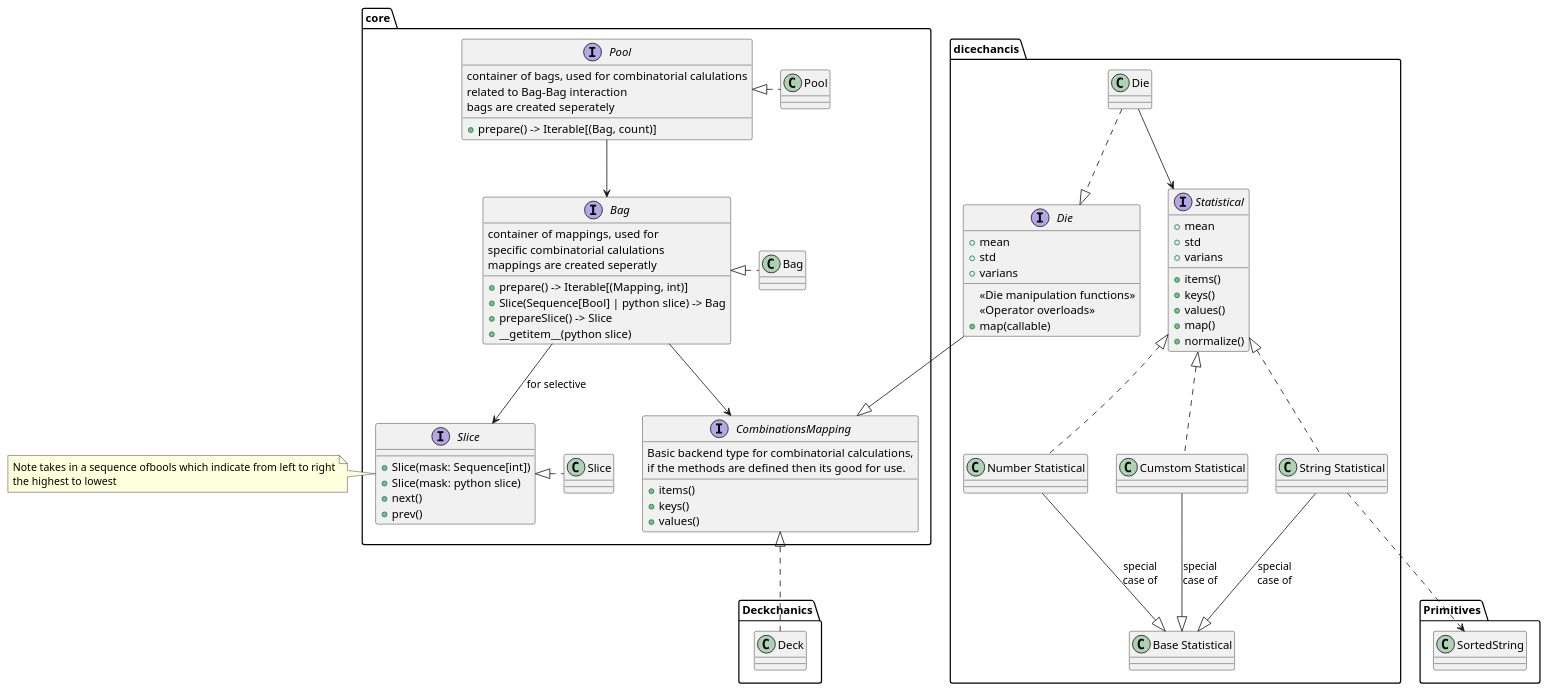
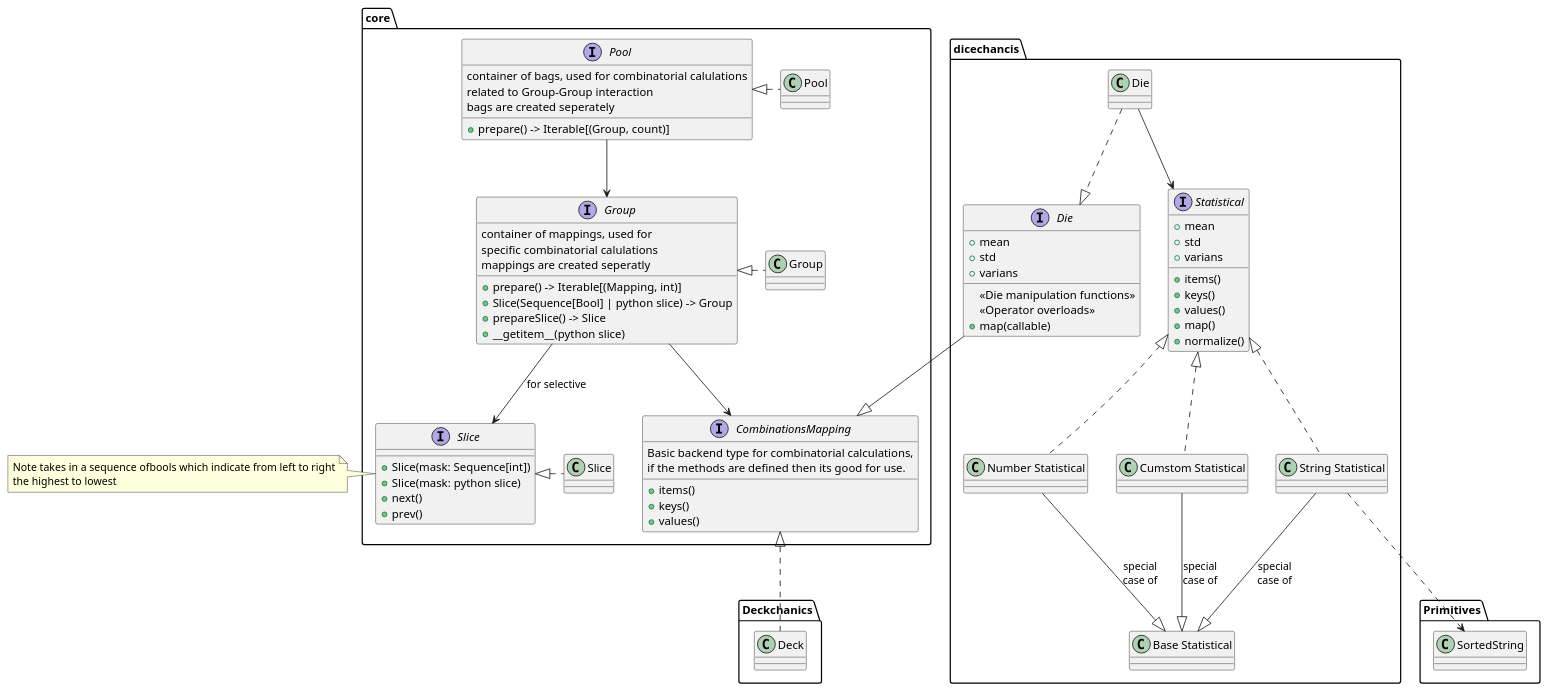
Before and after one commit to daplhall/dicechanics: the diagram in docs/diagrams/systemClasses.puml, drawn with PlantUML. The commit also changed 8 other files, not shown here.

Commit message:
[refactor] tests have been refactored to group instead of bag

```diff
--- a/docs/diagrams/systemClasses.puml
+++ b/docs/diagrams/systemClasses.puml
@@ -1,99 +1,99 @@
 @startuml System
 top to bottom direction
 package "core"{
     class Pool{
     }
     interface "Pool" as pool {
-        container of bags, used for combinatorial calulations\nrelated to Bag-Bag interaction
+        container of bags, used for combinatorial calulations\nrelated to Group-Group interaction
         bags are created seperately
-        + prepare() -> Iterable[(Bag, count)]
+        + prepare() -> Iterable[(Group, count)]
     }
-    class Bag{
+    class Group{
     }
-    interface "Bag" as bag{
+    interface "Group" as group{
         container of mappings, used for\nspecific combinatorial calulations
         mappings are created seperatly
         + prepare() -> Iterable[(Mapping, int)]
-        + Slice(Sequence[Bool] | python slice) -> Bag
+        + Slice(Sequence[Bool] | python slice) -> Group
         + prepareSlice() -> Slice
         + __getitem__(python slice)
 
     }
     interface "CombinationsMapping" as mapping{
         Basic backend type for combinatorial calculations,\nif the methods are defined then its good for use.
         + items()
         + keys()
         + values()
     }
     Class "Slice" as sliceClass
     interface "Slice" as slice{
         +Slice(mask: Sequence[int])
         +Slice(mask: python slice)
         +next()
         +prev()
     }
 }
 
 note left of slice
    Note takes in a sequence ofbools which indicate from left to right
    the highest to lowest 
 end note
 
 
 
 package "dicechancis" {
     class Die{
     }
     class "Number Statistical" as numstat
     class "String Statistical" as strstat
     class "Cumstom Statistical" as customstat
     class "Base Statistical" as basestat
     interface Statistical{
         + items()
         + keys()
         + values()
         + map()
         + normalize()
         + mean
         + std
         + varians
     }
     interface "Die" as die{
         {method}<<Die manipulation functions>>
         {method}<<Operator overloads>>
         +map(callable)
         + mean
         + std
         + varians
     }
 }
 package "Primitives"{
     class SortedString
 }
 
 package "Deckchanics"{
     class Deck
 }
 
 'core
 Pool .left.|> pool
-pool --> bag
-Bag .left.|> bag
-bag --> mapping
-bag --> slice: for selective
+pool --> group
+Group .left.|> group
+group --> mapping
+group --> slice: for selective
 sliceClass .left.|> slice
 'deck
 Deck .up.|> mapping
 'diechanics
 Die ..|> die
 Die --> Statistical 
 die --|> mapping
 numstat .up.|> Statistical
 strstat .up.|> Statistical
 customstat .up.|> Statistical
 numstat -down-|> basestat: special\ncase of 
 strstat -down-|> basestat: special\ncase of
 customstat -down-|> basestat :special\ncase of
 strstat ..> SortedString
 
 @enduml
```
